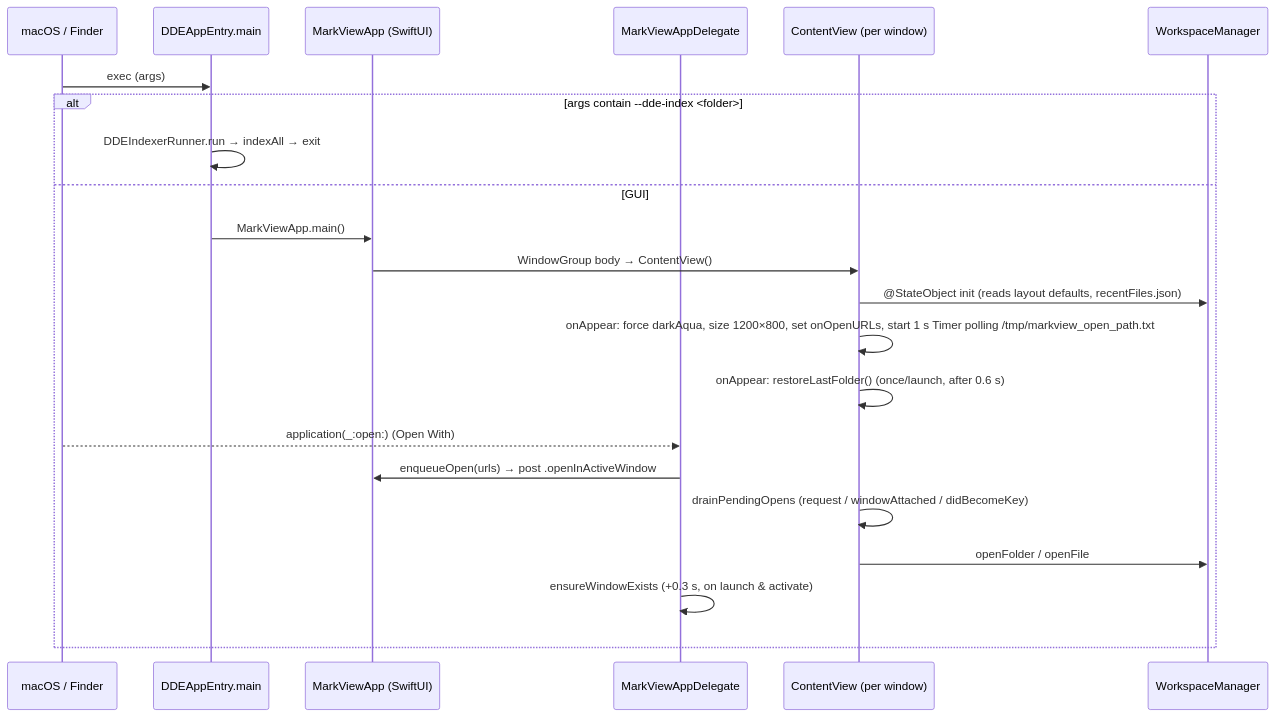
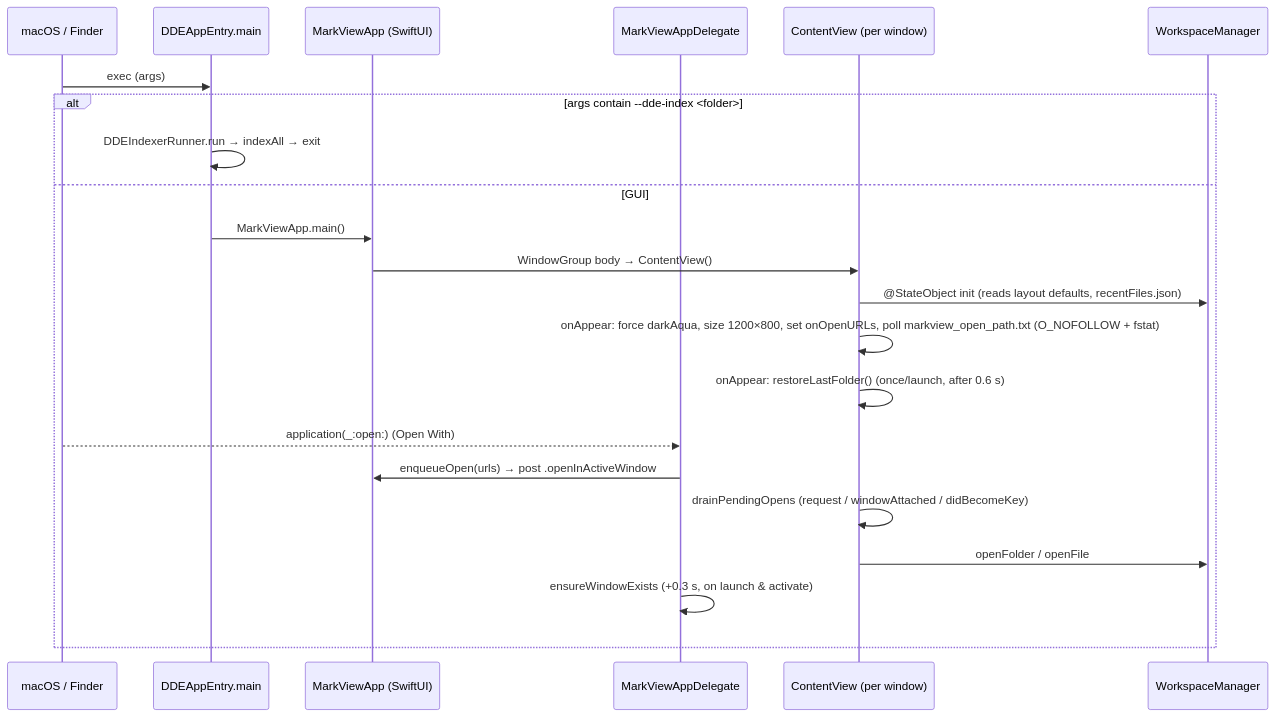
One commit to t-boris/MarkView changed the first of 2 diagrams in docs/architecture/modules/app-shell-and-workspace.md. Above: the diagram before and after it, drawn with Mermaid. The commit also changed other lines of this file and 26 other files, not shown here.

Commit message:
docs(spec): sync architecture docs/specs, add Section 6 rules, bump version to 6.26.1

````diff
--- a/docs/architecture/modules/app-shell-and-workspace.md
+++ b/docs/architecture/modules/app-shell-and-workspace.md
@@ -206,24 +206,24 @@
 ```mermaid
 sequenceDiagram
     participant OS as macOS / Finder
     participant Entry as DDEAppEntry.main
     participant App as MarkViewApp (SwiftUI)
     participant Del as MarkViewAppDelegate
     participant CV as ContentView (per window)
     participant WM as WorkspaceManager
     OS->>Entry: exec (args)
     alt args contain --dde-index <folder>
         Entry->>Entry: DDEIndexerRunner.run → indexAll → exit
     else GUI
         Entry->>App: MarkViewApp.main()
         App->>CV: WindowGroup body → ContentView()
         CV->>WM: @StateObject init (reads layout defaults, recentFiles.json)
-        CV->>CV: onAppear: force darkAqua, size 1200×800, set onOpenURLs, start 1 s Timer polling /tmp/markview_open_path.txt
+        CV->>CV: onAppear: force darkAqua, size 1200×800, set onOpenURLs, poll markview_open_path.txt (O_NOFOLLOW + fstat)
         CV->>CV: onAppear: restoreLastFolder() (once/launch, after 0.6 s)
         OS-->>Del: application(_:open:) (Open With)
         Del->>App: enqueueOpen(urls) → post .openInActiveWindow
         CV->>CV: drainPendingOpens (request / windowAttached / didBecomeKey)
         CV->>WM: openFolder / openFile
         Del->>Del: ensureWindowExists (+0.3 s, on launch & activate)
     end
 ```
````
